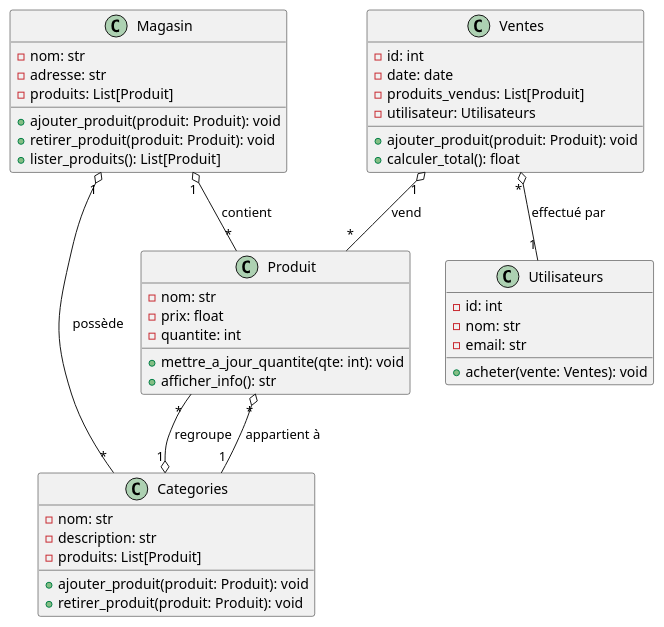
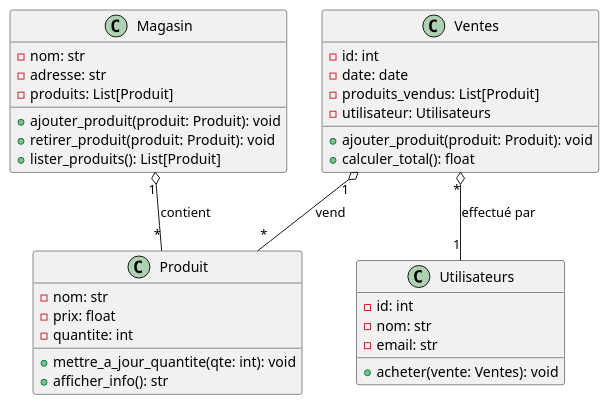
One commit to DylannFontus/Lab0_Log430 changed the diagram in docs/UML/VueLogique.puml. Above: the diagram before and after it, drawn with PlantUML. The commit also changed 636 other files, not shown here.

```diff
--- a/docs/UML/VueLogique.puml
+++ b/docs/UML/VueLogique.puml
@@ -1,51 +1,40 @@
 @startuml
 
 class Magasin {
     - nom: str
     - adresse: str
     - produits: List[Produit]
     + ajouter_produit(produit: Produit): void
     + retirer_produit(produit: Produit): void
     + lister_produits(): List[Produit]
 }
 
 class Produit {
     - nom: str
     - prix: float
     - quantite: int
     + mettre_a_jour_quantite(qte: int): void
     + afficher_info(): str
 }
 
 class Ventes {
     - id: int
     - date: date
     - produits_vendus: List[Produit]
     - utilisateur: Utilisateurs
     + ajouter_produit(produit: Produit): void
     + calculer_total(): float
 }
 
 class Utilisateurs {
     - id: int
     - nom: str
     - email: str
     + acheter(vente: Ventes): void
 }
 
-class Categories {
-    - nom: str
-    - description: str
-    - produits: List[Produit]
-    + ajouter_produit(produit: Produit): void
-    + retirer_produit(produit: Produit): void
-}
-
 Magasin "1" o-- "*" Produit : contient
-Magasin "1" o-- "*" Categories : possède
-Categories "1" o-- "*" Produit : regroupe
 Ventes "1" o-- "*" Produit : vend
 Ventes "*" o-- "1" Utilisateurs : effectué par
-Produit "*" o-- "1" Categories : appartient à
 
 @enduml
```
